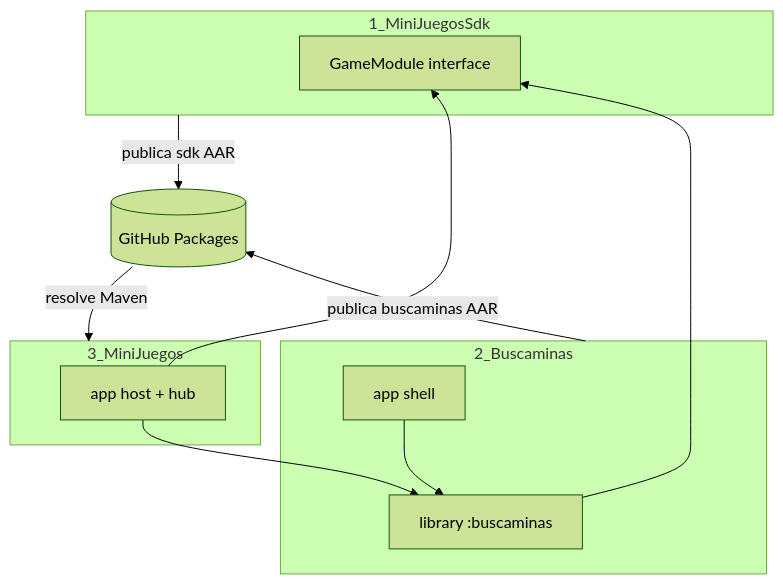
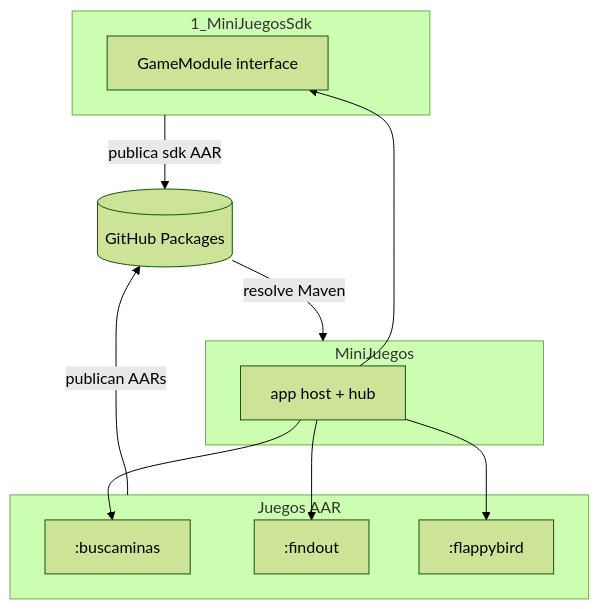
The first of 5 diagrams in docs/TUTORIAL.md (AlejandroHP17/MiniJuegos), drawn with Mermaid (forest theme) before and after one commit. The commit also changed other lines of this file and 2 other files, not shown here.

First line of the commit message:
docs: actualizar catálogo con Find Out y Flappy Bird

````diff
--- a/docs/TUTORIAL.md
+++ b/docs/TUTORIAL.md
@@ -17,20 +17,21 @@
 ```mermaid
 flowchart TB
   subgraph sdkRepo [1_MiniJuegosSdk]
     GM[GameModule interface]
   end
-  subgraph gameRepo [2_Buscaminas]
-    LIB[library :buscaminas]
-    SHELL[app shell]
-    SHELL --> LIB
-    LIB --> GM
+  subgraph games [Juegos AAR]
+    BUS[:buscaminas]
+    FIND[:findout]
+    FLAP[:flappybird]
   end
-  subgraph hostRepo [3_MiniJuegos]
+  subgraph hostRepo [MiniJuegos]
     APP[app host + hub]
     APP --> GM
-    APP --> LIB
+    APP --> BUS
+    APP --> FIND
+    APP --> FLAP
   end
   sdkRepo -->|publica sdk AAR| GPR[(GitHub Packages)]
-  gameRepo -->|publica buscaminas AAR| GPR
+  games -->|publican AARs| GPR
   GPR -->|resolve Maven| hostRepo
 ```
````
